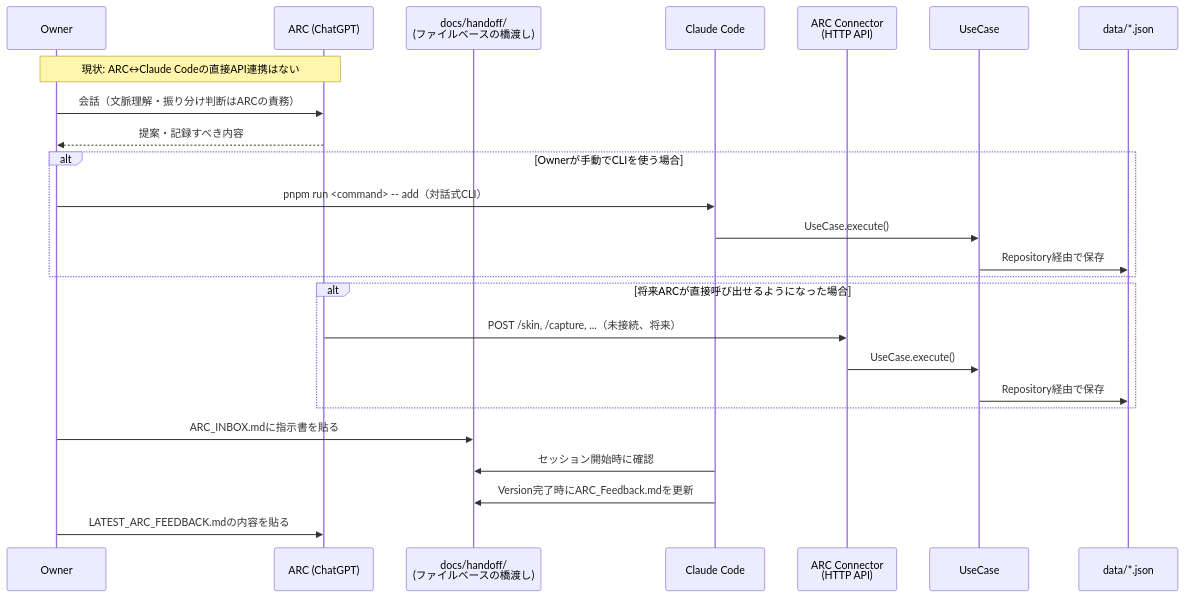
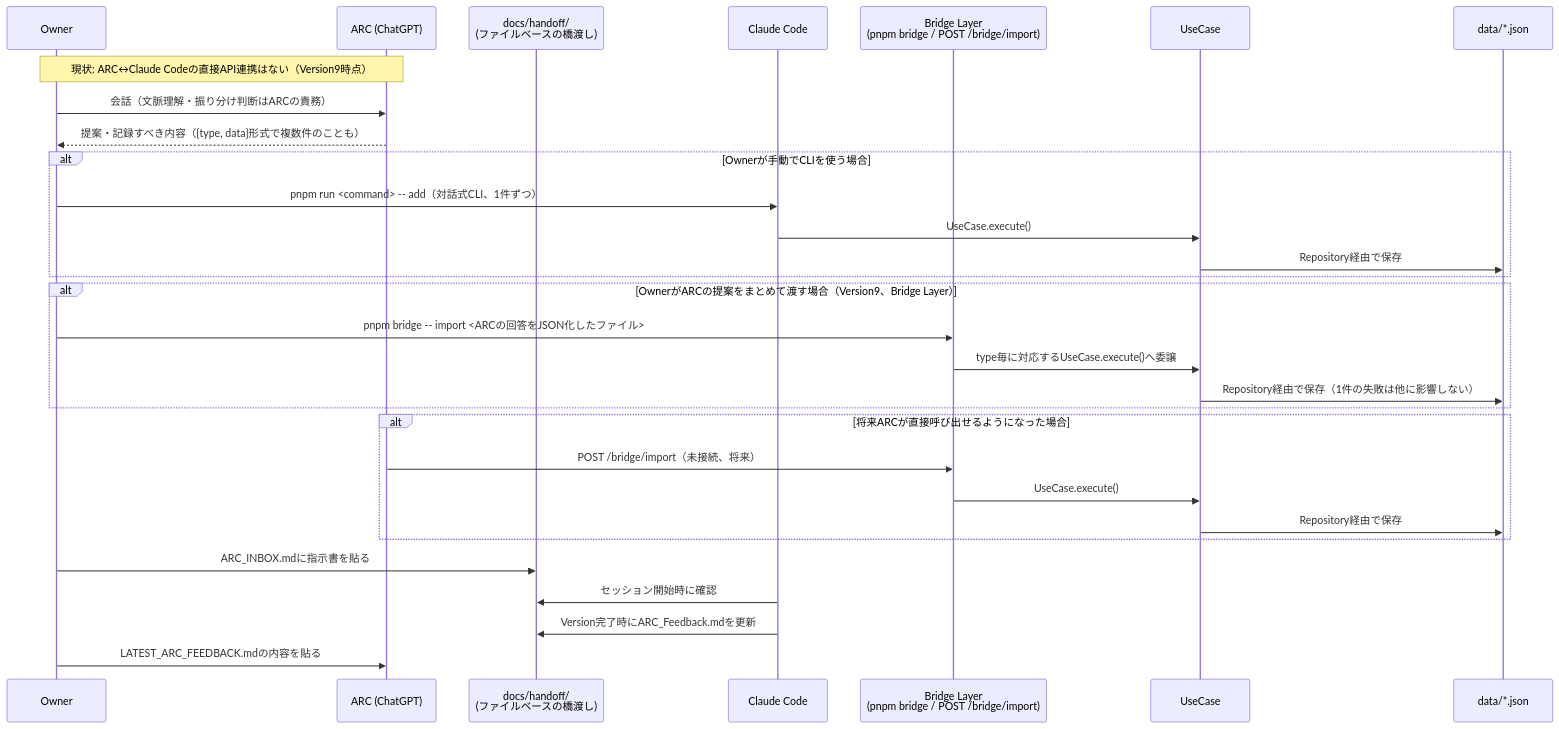
Before and after one commit to okano171013-ai/project-arc: the second of 3 diagrams in docs/architecture-diagram.md, drawn with Mermaid. The commit also changed other lines of this file and 38 other files, not shown here.

First line of the commit message:
Version9: ARC Bridge

````diff
--- a/docs/architecture-diagram.md
+++ b/docs/architecture-diagram.md
@@ -53,32 +62,38 @@
 ```mermaid
 sequenceDiagram
     participant Owner
     participant ARC as ARC (ChatGPT)
     participant Handoff as docs/handoff/<br/>(ファイルベースの橋渡し)
     participant CC as Claude Code
-    participant API as ARC Connector<br/>(HTTP API)
+    participant Bridge as Bridge Layer<br/>(pnpm bridge / POST /bridge/import)
     participant UC as UseCase
     participant Data as data/*.json
 
-    Note over Owner,ARC: 現状: ARC↔Claude Codeの直接API連携はない
+    Note over Owner,ARC: 現状: ARC↔Claude Codeの直接API連携はない（Version9時点）
 
     Owner->>ARC: 会話（文脈理解・振り分け判断はARCの責務）
-    ARC-->>Owner: 提案・記録すべき内容
+    ARC-->>Owner: 提案・記録すべき内容（{type, data}形式で複数件のことも）
 
     alt Ownerが手動でCLIを使う場合
-        Owner->>CC: pnpm run <command> -- add（対話式CLI）
+        Owner->>CC: pnpm run <command> -- add（対話式CLI、1件ずつ）
         CC->>UC: UseCase.execute()
         UC->>Data: Repository経由で保存
     end
 
+    alt OwnerがARCの提案をまとめて渡す場合（Version9、Bridge Layer）
+        Owner->>Bridge: pnpm bridge -- import <ARCの回答をJSON化したファイル>
+        Bridge->>UC: type毎に対応するUseCase.execute()へ委譲
+        UC->>Data: Repository経由で保存（1件の失敗は他に影響しない）
+    end
+
     alt 将来ARCが直接呼び出せるようになった場合
-        ARC->>API: POST /skin, /capture, ...（未接続、将来）
-        API->>UC: UseCase.execute()
+        ARC->>Bridge: POST /bridge/import（未接続、将来）
+        Bridge->>UC: UseCase.execute()
         UC->>Data: Repository経由で保存
     end
 
     Owner->>Handoff: ARC_INBOX.mdに指示書を貼る
     CC->>Handoff: セッション開始時に確認
     CC->>Handoff: Version完了時にARC_Feedback.mdを更新
     Owner->>ARC: LATEST_ARC_FEEDBACK.mdの内容を貼る
 ```
````
